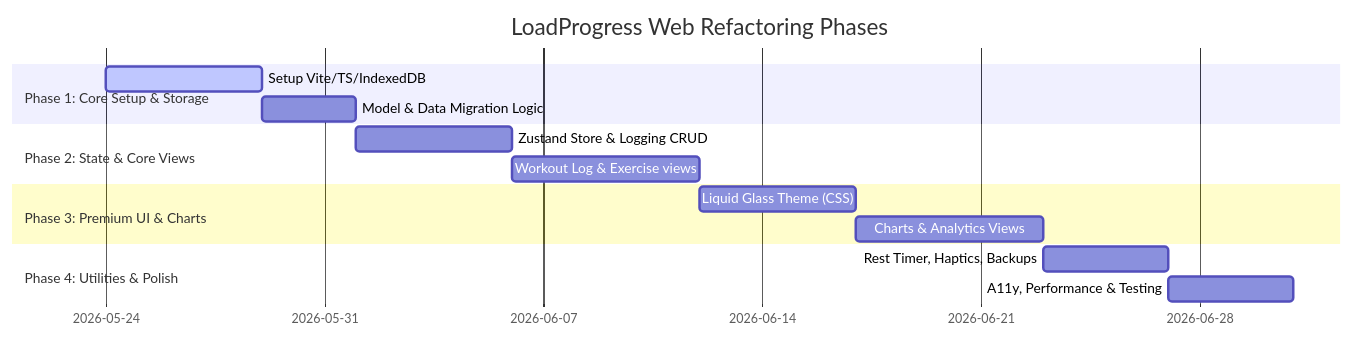
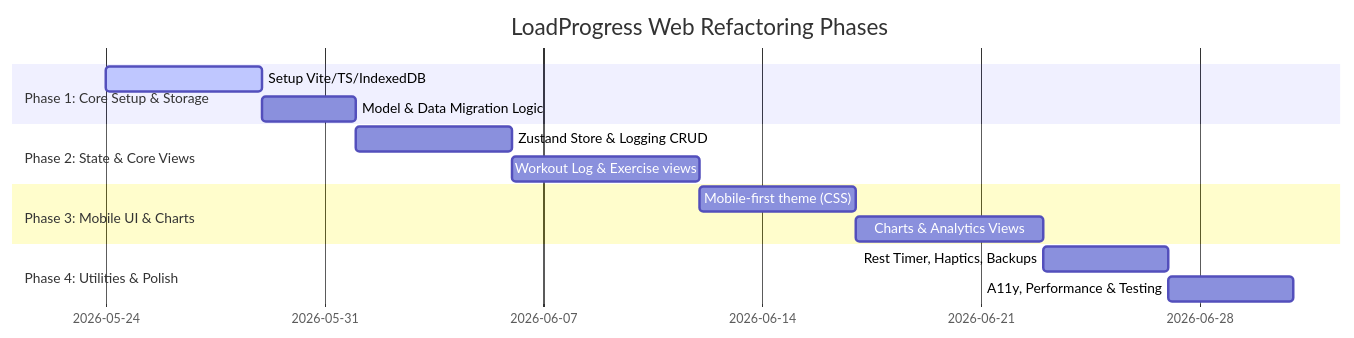
The second of 2 diagrams in docs/ANALYSIS_RESULTS.md (nitishmalpotra/LoadProgress), drawn with Mermaid before and after one commit. The commit also changed other lines of this file and 27 other files, not shown here.

Commit message:
mobile first redesign

````diff
--- a/docs/ANALYSIS_RESULTS.md
+++ b/docs/ANALYSIS_RESULTS.md
@@ -89,17 +152,17 @@
 ```mermaid
 gantt
     title LoadProgress Web Refactoring Phases
     dateFormat  YYYY-MM-DD
     section Phase 1: Core Setup & Storage
     Setup Vite/TS/IndexedDB      :active, p1, 2026-05-24, 5d
     Model & Data Migration Logic : p2, after p1, 3d
     section Phase 2: State & Core Views
     Zustand Store & Logging CRUD : p3, after p2, 5d
     Workout Log & Exercise views : p4, after p3, 6d
-    section Phase 3: Premium UI & Charts
-    Liquid Glass Theme (CSS)     : p5, after p4, 5d
+    section Phase 3: Mobile UI & Charts
+    Mobile-first theme (CSS)     : p5, after p4, 5d
     Charts & Analytics Views    : p6, after p5, 6d
     section Phase 4: Utilities & Polish
     Rest Timer, Haptics, Backups : p7, after p6, 4d
     A11y, Performance & Testing  : p8, after p7, 4d
 ```
````
